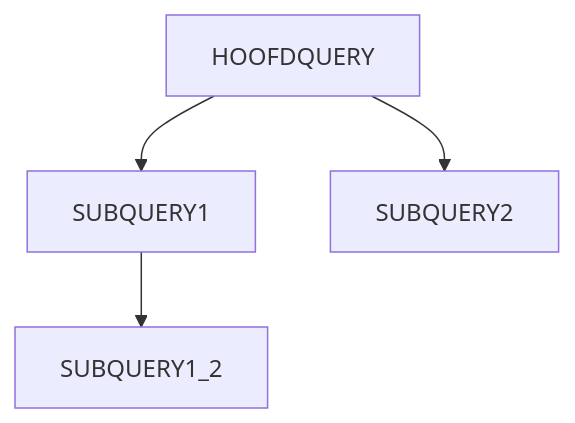
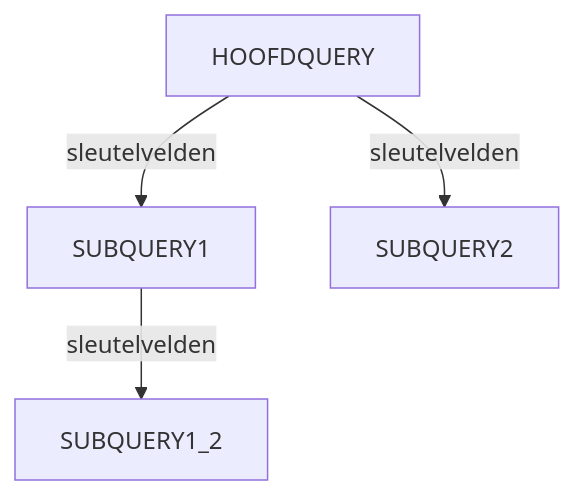
The diagram in sandbox/diagram.md (fvdsdel/BI_publisher), drawn with Mermaid before and after one commit.

````diff
--- a/sandbox/diagram.md
+++ b/sandbox/diagram.md
@@ -1,6 +1,6 @@
 ```mermaid
 graph TD;
-    HOOFDQUERY-->SUBQUERY1;
-    HOOFDQUERY-->SUBQUERY2;
-    SUBQUERY1-->SUBQUERY1_2;
+    HOOFDQUERY-->|sleutelvelden|SUBQUERY1;
+    HOOFDQUERY-->|sleutelvelden|SUBQUERY2;
+    SUBQUERY1-->|sleutelvelden|SUBQUERY1_2;
 ```
````
